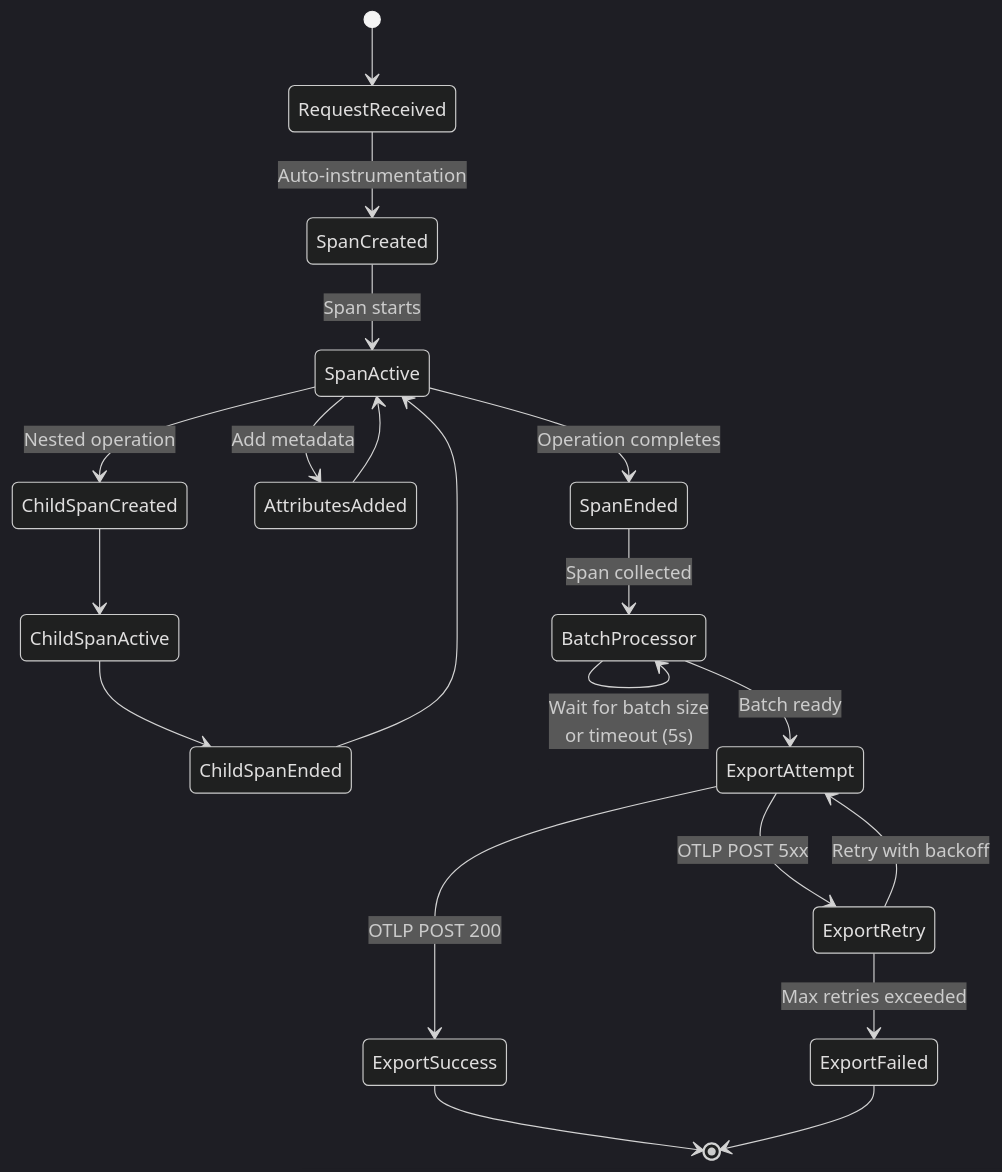
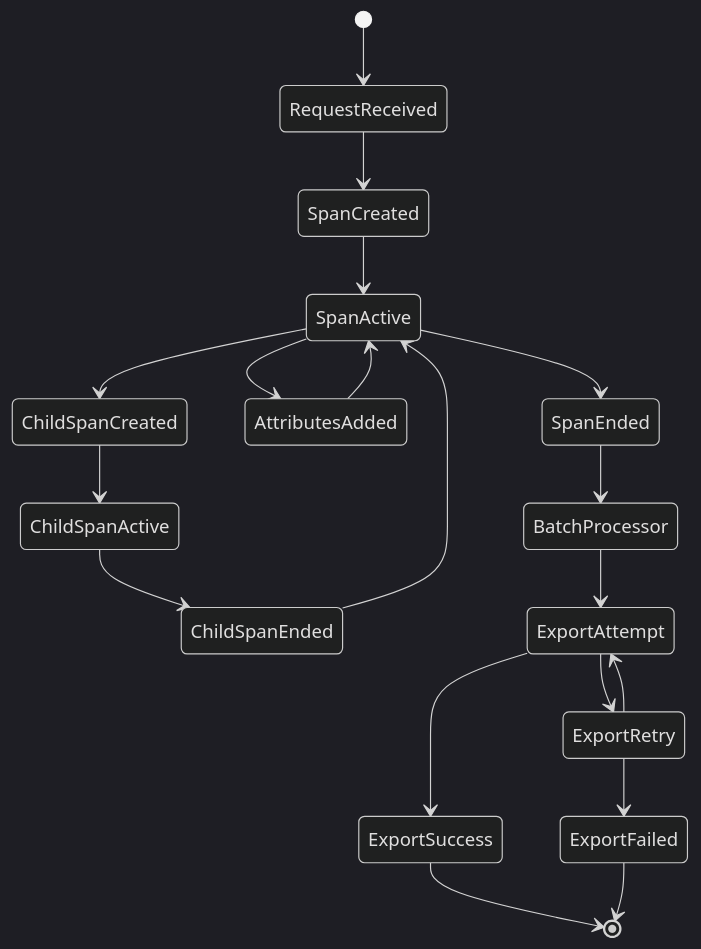
Before and after one commit to 3DHDSoft/devmultiplier-academy: the fourth of 5 diagrams in doc/opentelemetry_architecture.md, drawn with Mermaid (dark theme). The commit also changed other lines of this file and 3 other files, not shown here.

````diff
--- a/doc/opentelemetry_architecture.md
+++ b/doc/opentelemetry_architecture.md
@@ -344,29 +346,21 @@
 ```mermaid
 stateDiagram-v2
-    [*] --> RequestReceived
-    RequestReceived --> SpanCreated: Auto-instrumentation
-    SpanCreated --> SpanActive: Span starts
-
-    SpanActive --> ChildSpanCreated: Nested operation
-    ChildSpanCreated --> ChildSpanActive
-    ChildSpanActive --> ChildSpanEnded
-    ChildSpanEnded --> SpanActive
-
-    SpanActive --> AttributesAdded: Add metadata
-    AttributesAdded --> SpanActive
-
-    SpanActive --> SpanEnded: Operation completes
-    SpanEnded --> BatchProcessor: Span collected
-
-    BatchProcessor --> BatchProcessor: Wait for batch size<br/>or timeout (5s)
-    BatchProcessor --> ExportAttempt: Batch ready
-
-    ExportAttempt --> ExportSuccess: OTLP POST 200
-    ExportAttempt --> ExportRetry: OTLP POST 5xx
-
-    ExportRetry --> ExportAttempt: Retry with backoff
-    ExportRetry --> ExportFailed: Max retries exceeded
-
-    ExportSuccess --> [*]
-    ExportFailed --> [*]
+  [*] --> RequestReceived
+  RequestReceived --> SpanCreated
+  SpanCreated --> SpanActive
+  SpanActive --> ChildSpanCreated
+  ChildSpanCreated --> ChildSpanActive
+  ChildSpanActive --> ChildSpanEnded
+  ChildSpanEnded --> SpanActive
+  SpanActive --> AttributesAdded
+  AttributesAdded --> SpanActive
+  SpanActive --> SpanEnded
+  SpanEnded --> BatchProcessor
+  BatchProcessor --> ExportAttempt
+  ExportAttempt --> ExportSuccess
+  ExportAttempt --> ExportRetry
+  ExportRetry --> ExportAttempt
+  ExportRetry --> ExportFailed
+  ExportSuccess --> [*]
+  ExportFailed --> [*]
 ```
````
